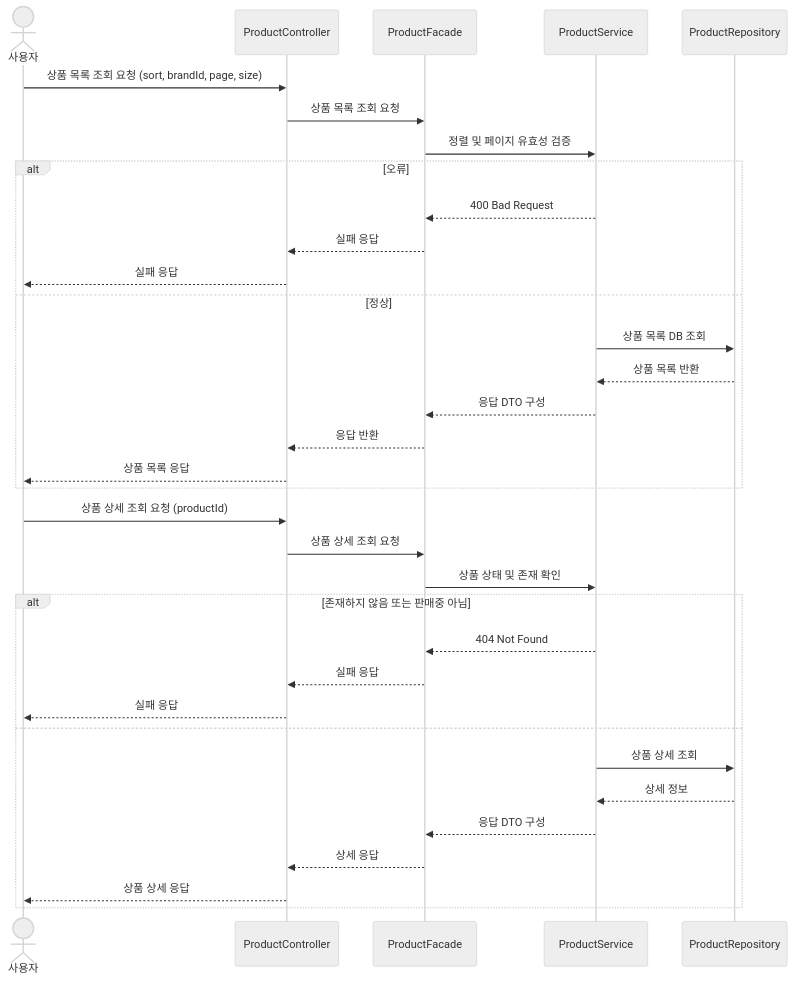
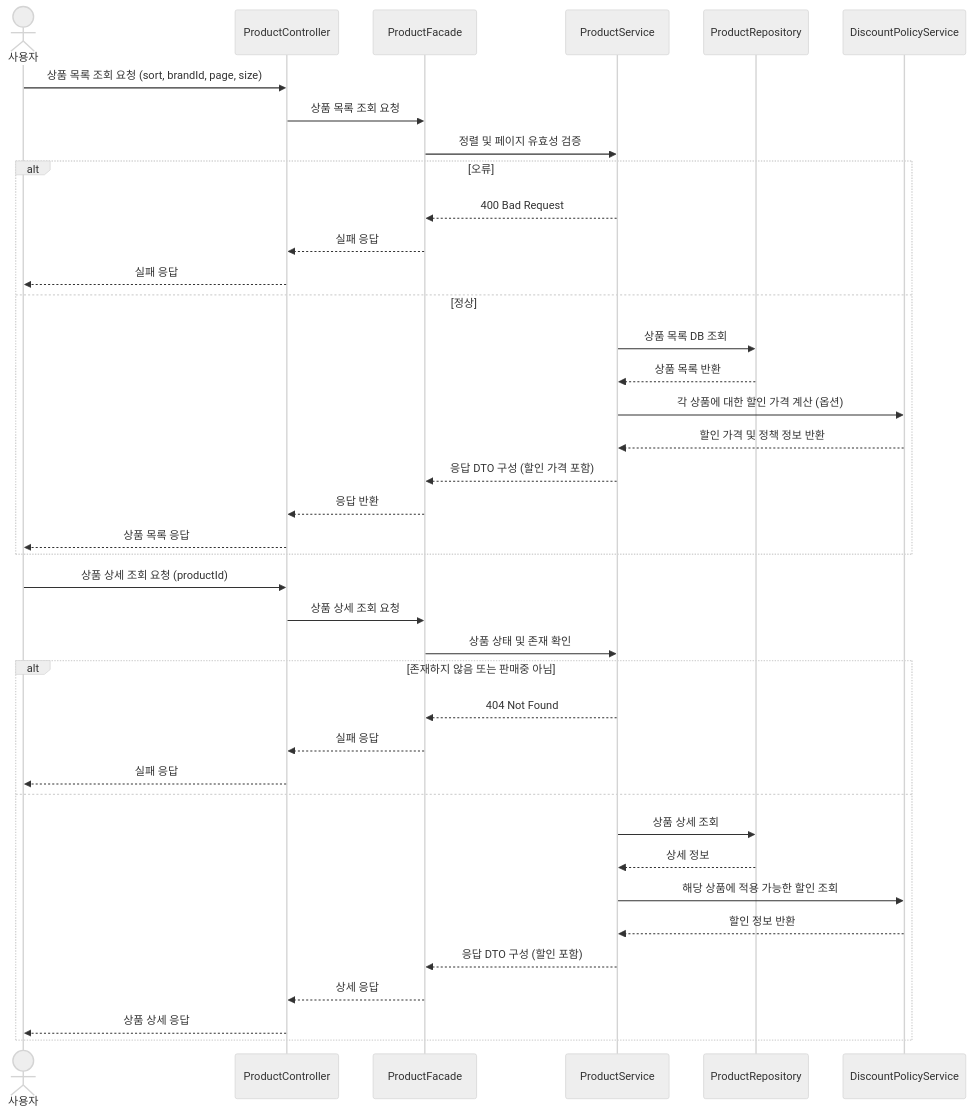
The diagram in .doc/design/02-sequence-diagrams_product.md (xogns4909/loopers_commerce), drawn with Mermaid (neutral theme) before and after one commit. The commit also changed 1 other file, not shown here.

Commit message:
refactor: 주문 및 상품 시퀀스 다이어 그램 수정  - 할인 로직 추가

````diff
--- a/.doc/design/02-sequence-diagrams_product.md
+++ b/.doc/design/02-sequence-diagrams_product.md
@@ -5,38 +5,43 @@
 ```mermaid
 sequenceDiagram
-actor U as 사용자
-participant PC as ProductController
-participant PF as ProductFacade
-participant PS as ProductService
-participant PR as ProductRepository
+    actor U as 사용자
+    participant PC as ProductController
+    participant PF as ProductFacade
+    participant PS as ProductService
+    participant PR as ProductRepository
+    participant DP as DiscountPolicyService
 
-U ->> PC: 상품 목록 조회 요청 (sort, brandId, page, size)
-PC ->> PF: 상품 목록 조회 요청
-PF ->> PS: 정렬 및 페이지 유효성 검증
-alt 오류
-    PS -->> PF: 400 Bad Request
-    PF -->> PC: 실패 응답
-    PC -->> U: 실패 응답
-else 정상
-    PS ->> PR: 상품 목록 DB 조회
-    PR -->> PS: 상품 목록 반환
-    PS -->> PF: 응답 DTO 구성
-    PF -->> PC: 응답 반환
-    PC -->> U: 상품 목록 응답
-end
+    U ->> PC: 상품 목록 조회 요청 (sort, brandId, page, size)
+    PC ->> PF: 상품 목록 조회 요청
+    PF ->> PS: 정렬 및 페이지 유효성 검증
+    alt 오류
+        PS -->> PF: 400 Bad Request
+        PF -->> PC: 실패 응답
+        PC -->> U: 실패 응답
+    else 정상
+        PS ->> PR: 상품 목록 DB 조회
+        PR -->> PS: 상품 목록 반환
+        PS ->> DP: 각 상품에 대한 할인 가격 계산 (옵션)
+        DP -->> PS: 할인 가격 및 정책 정보 반환
+        PS -->> PF: 응답 DTO 구성 (할인 가격 포함)
+        PF -->> PC: 응답 반환
+        PC -->> U: 상품 목록 응답
+    end
 
-U ->> PC: 상품 상세 조회 요청 (productId)
-PC ->> PF: 상품 상세 조회 요청
-PF ->> PS: 상품 상태 및 존재 확인
-alt 존재하지 않음 또는 판매중 아님
-    PS -->> PF: 404 Not Found
-    PF -->> PC: 실패 응답
-    PC -->> U: 실패 응답
-else
-    PS ->> PR: 상품 상세 조회
-    PR -->> PS: 상세 정보
-    PS -->> PF: 응답 DTO 구성
-    PF -->> PC: 상세 응답
-    PC -->> U: 상품 상세 응답
-end
+    U ->> PC: 상품 상세 조회 요청 (productId)
+    PC ->> PF: 상품 상세 조회 요청
+    PF ->> PS: 상품 상태 및 존재 확인
+    alt 존재하지 않음 또는 판매중 아님
+        PS -->> PF: 404 Not Found
+        PF -->> PC: 실패 응답
+        PC -->> U: 실패 응답
+    else
+        PS ->> PR: 상품 상세 조회
+        PR -->> PS: 상세 정보
+        PS ->> DP: 해당 상품에 적용 가능한 할인 조회
+        DP -->> PS: 할인 정보 반환
+        PS -->> PF: 응답 DTO 구성 (할인 포함)
+        PF -->> PC: 상세 응답
+        PC -->> U: 상품 상세 응답
+    end
 ```
````
